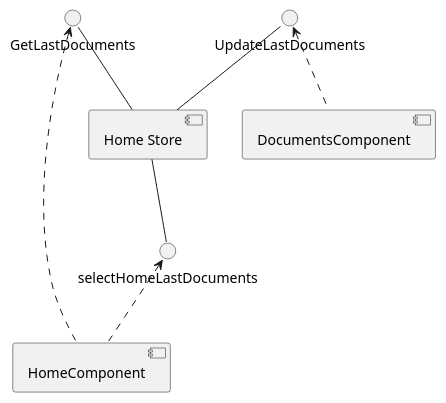
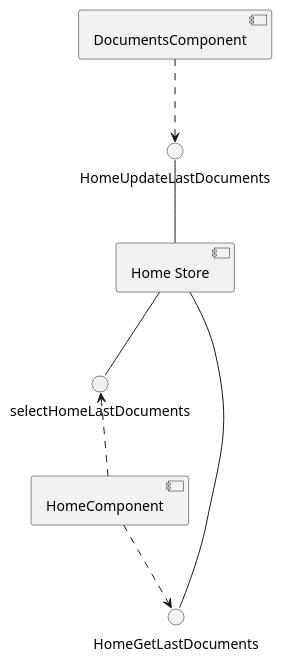
The third of 14 diagrams in documentation/puml/angular.puml (HISPAMUS/muret), drawn with PlantUML before and after one commit. The commit also changed other lines of this file and 62 other files, not shown here.

```diff
--- a/documentation/puml/angular.puml
+++ b/documentation/puml/angular.puml
@@ -86,11 +86,11 @@
 @startuml home_store_component
     [Home Store]
-    GetLastDocuments -- [Home Store]
-    UpdateLastDocuments -- [Home Store]
+    HomeGetLastDocuments -- [Home Store]
+    HomeUpdateLastDocuments -- [Home Store]
     [Home Store] -- selectHomeLastDocuments
 
-    [GetLastDocuments] <.. [HomeComponent]
-    [UpdateLastDocuments] <.. [DocumentsComponent]
+    [HomeComponent] ..> HomeGetLastDocuments
+    [DocumentsComponent] ..> HomeUpdateLastDocuments
 
     selectHomeLastDocuments <.. [HomeComponent]
 @enduml
```
